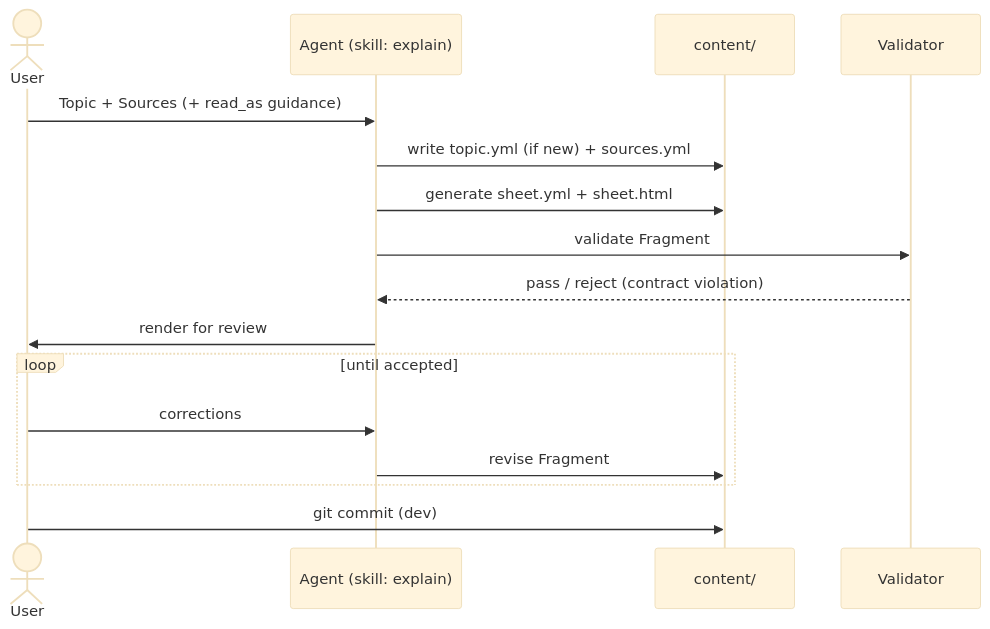
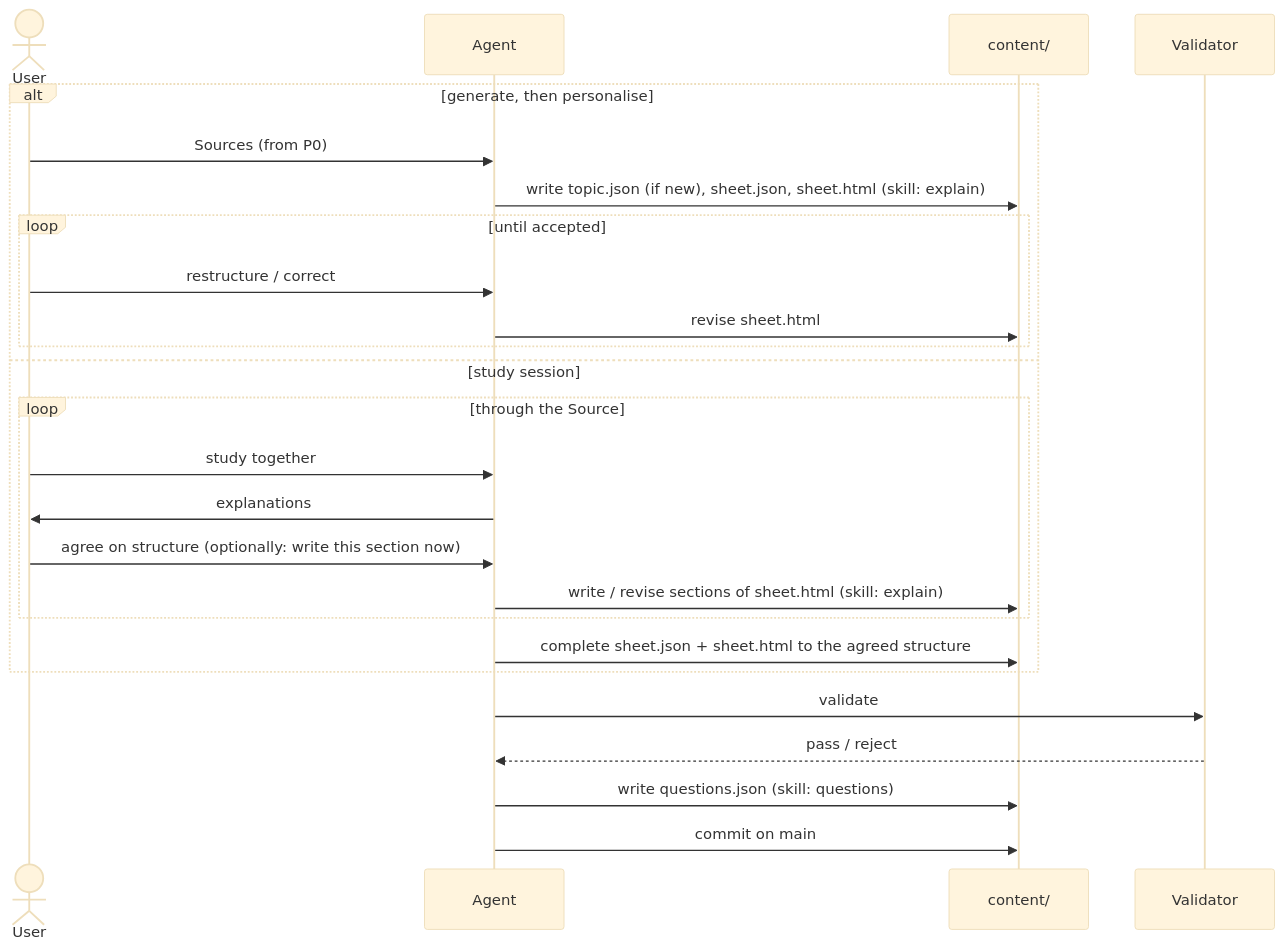
Before and after one commit to Povaz/cheatsheets: the fourth of 7 diagrams in docs/hldd/hldd.md, drawn with Mermaid (base theme). The commit also changed other lines of this file and 121 other files, not shown here.

First line of the commit message:
refactor: Agent-authored content, trunk-based flow, Topic > Sheet

````diff
--- a/docs/hldd/hldd.md
+++ b/docs/hldd/hldd.md
@@ -176,18 +214,27 @@
 ```mermaid
 sequenceDiagram
     actor U as User
-    participant A as Agent (skill: explain)
+    participant A as Agent
     participant C as content/
     participant V as Validator
-    U->>A: Topic + Sources (+ read_as guidance)
-    A->>C: write topic.yml (if new) + sources.yml
-    A->>C: generate sheet.yml + sheet.html
-    A->>V: validate Fragment
-    V-->>A: pass / reject (contract violation)
-    A->>U: render for review
-    loop until accepted
-        U->>A: corrections
-        A->>C: revise Fragment
+    alt generate, then personalise
+        U->>A: Sources (from P0)
+        A->>C: write topic.json (if new), sheet.json, sheet.html (skill: explain)
+        loop until accepted
+            U->>A: restructure / correct
+            A->>C: revise sheet.html
+        end
+    else study session
+        loop through the Source
+            U->>A: study together
+            A->>U: explanations
+            U->>A: agree on structure (optionally: write this section now)
+            A->>C: write / revise sections of sheet.html (skill: explain)
+        end
+        A->>C: complete sheet.json + sheet.html to the agreed structure
     end
-    U->>C: git commit (dev)
+    A->>V: validate
+    V-->>A: pass / reject
+    A->>C: write questions.json (skill: questions)
+    A->>C: commit on main
 ```
````
